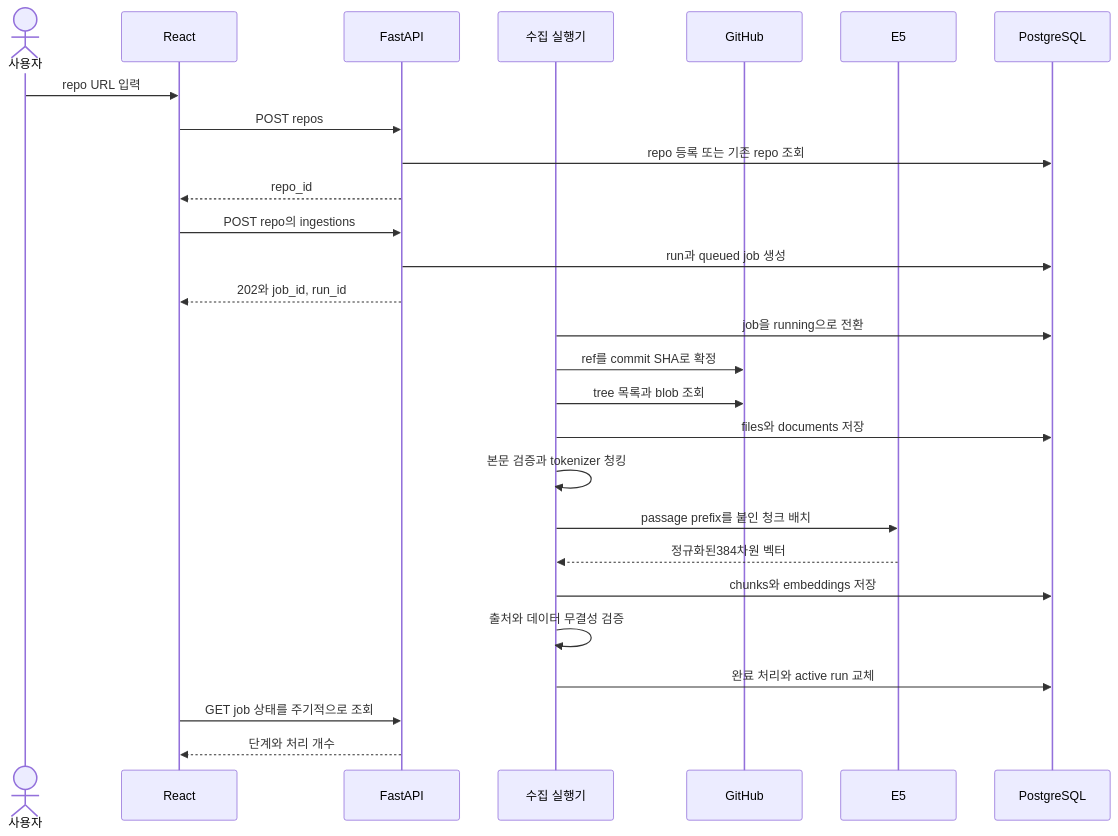
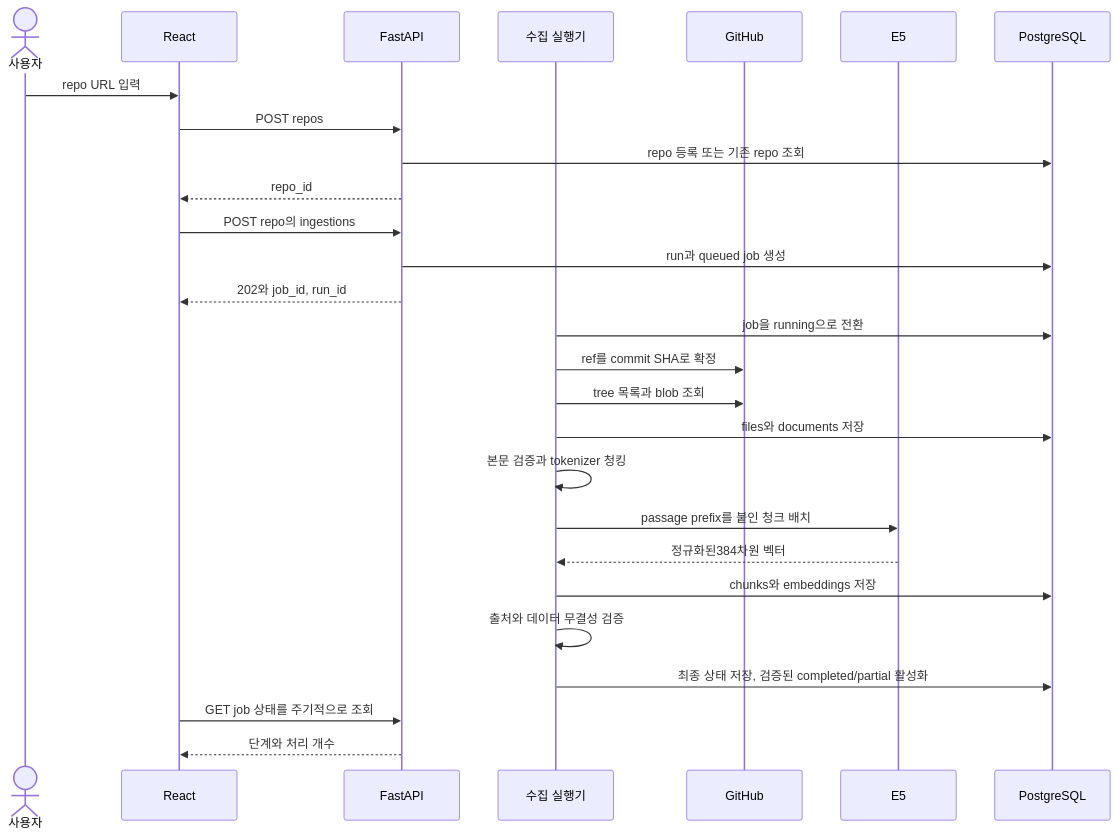
The first of 4 diagrams in docs/project/workflows.md (hurwan0629/git-rag-chatbot), drawn with Mermaid before and after one commit. The commit also changed other lines of this file and 40 other files, not shown here.

````diff
--- a/docs/project/workflows.md
+++ b/docs/project/workflows.md
@@ -36,29 +36,29 @@
 ```mermaid
 sequenceDiagram
     actor U as 사용자
     participant F as React
     participant A as FastAPI
     participant J as 수집 실행기
     participant H as GitHub
     participant E as E5
     participant D as PostgreSQL
     U->>F: repo URL 입력
     F->>A: POST repos
     A->>D: repo 등록 또는 기존 repo 조회
     A-->>F: repo_id
     F->>A: POST repo의 ingestions
     A->>D: run과 queued job 생성
     A-->>F: 202와 job_id, run_id
     J->>D: job을 running으로 전환
     J->>H: ref를 commit SHA로 확정
     J->>H: tree 목록과 blob 조회
     J->>D: files와 documents 저장
     J->>J: 본문 검증과 tokenizer 청킹
     J->>E: passage prefix를 붙인 청크 배치
     E-->>J: 정규화된384차원 벡터
     J->>D: chunks와 embeddings 저장
     J->>J: 출처와 데이터 무결성 검증
-    J->>D: 완료 처리와 active run 교체
+    J->>D: 최종 상태 저장, 검증된 completed/partial 활성화
     F->>A: GET job 상태를 주기적으로 조회
     A-->>F: 단계와 처리 개수
 ```
````
